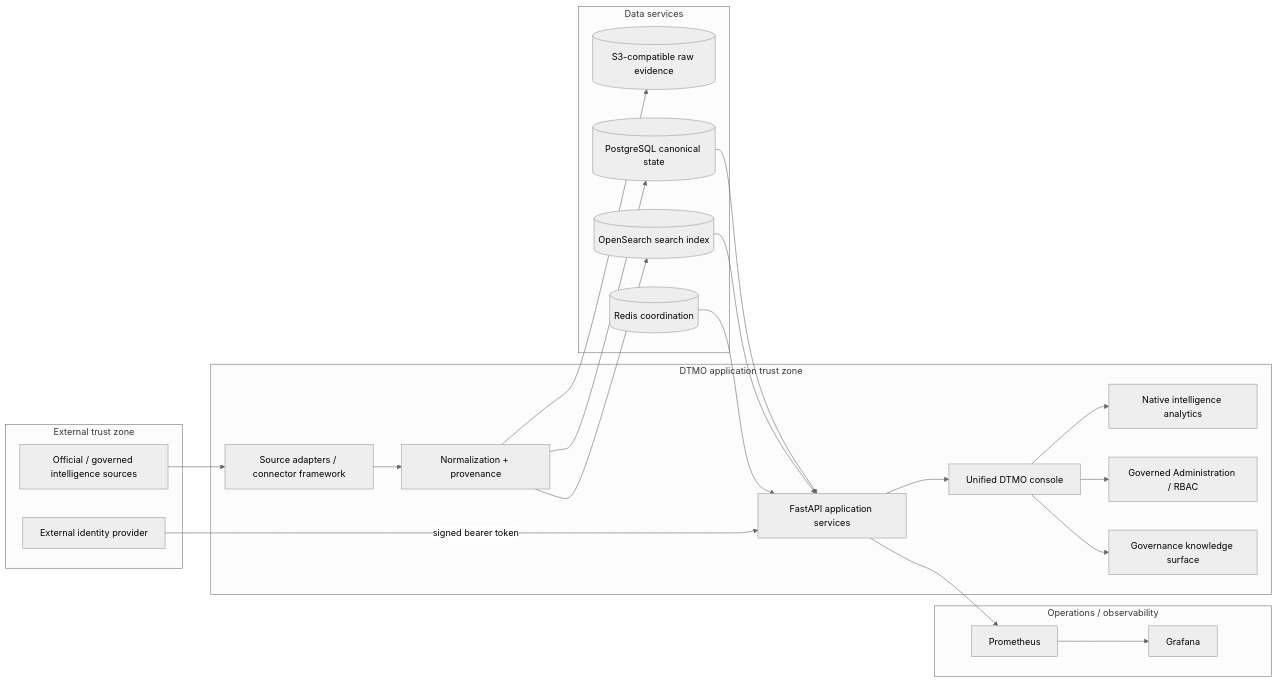
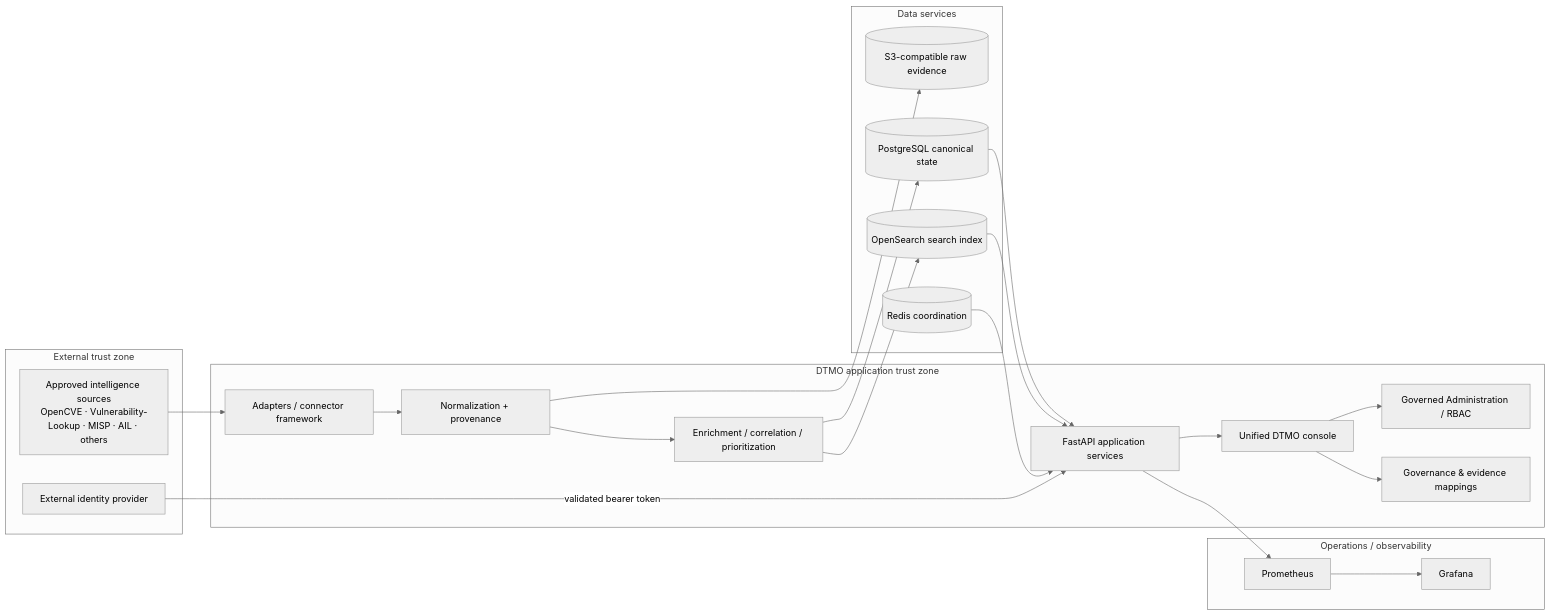
Before and after one commit to GJvManen/dtmo: the diagram in docs/architecture/SYSTEM_ARCHITECTURE.md, drawn with Mermaid (neutral theme). The commit also changed other lines of this file, not shown here.

Commit message:
docs: reconcile system architecture with E8 and Phase 8 state

````diff
--- a/docs/architecture/SYSTEM_ARCHITECTURE.md
+++ b/docs/architecture/SYSTEM_ARCHITECTURE.md
@@ -25,43 +15,38 @@
 ```mermaid
 flowchart LR
     subgraph External[External trust zone]
-        SRC[Official / governed intelligence sources]
+        SRC[Approved intelligence sources\nOpenCVE · Vulnerability-Lookup · MISP · AIL · others]
         IDP[External identity provider]
     end
-
     subgraph DTMO[DTMO application trust zone]
-        ADP[Source adapters / connector framework]
+        ADP[Adapters / connector framework]
         NORM[Normalization + provenance]
+        CORR[Enrichment / correlation / prioritization]
         API[FastAPI application services]
         CONSOLE[Unified DTMO console]
-        NATIVE[Native intelligence analytics]
         ADMIN[Governed Administration / RBAC]
-        GOV[Governance knowledge surface]
+        GOV[Governance & evidence mappings]
     end
-
     subgraph Data[Data services]
         OBJ[(S3-compatible raw evidence)]
         PG[(PostgreSQL canonical state)]
         OS[(OpenSearch search index)]
         REDIS[(Redis coordination)]
     end
-
     subgraph Ops[Operations / observability]
         PROM[Prometheus]
         GRAF[Grafana]
     end
-
-    SRC --> ADP --> NORM
+    SRC --> ADP --> NORM --> CORR
     NORM --> OBJ
-    NORM --> PG
-    NORM --> OS
+    CORR --> PG
+    CORR --> OS
     PG --> API
     OS --> API
     REDIS --> API
     API --> CONSOLE
-    CONSOLE --> NATIVE
     CONSOLE --> ADMIN
     CONSOLE --> GOV
-    IDP -->|signed bearer token| API
+    IDP -->|validated bearer token| API
     API --> PROM --> GRAF
 ```
````
